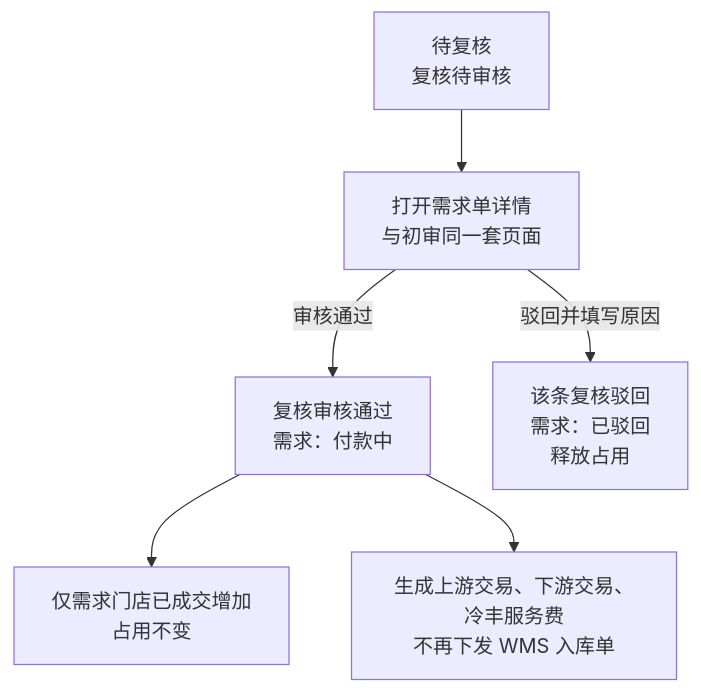
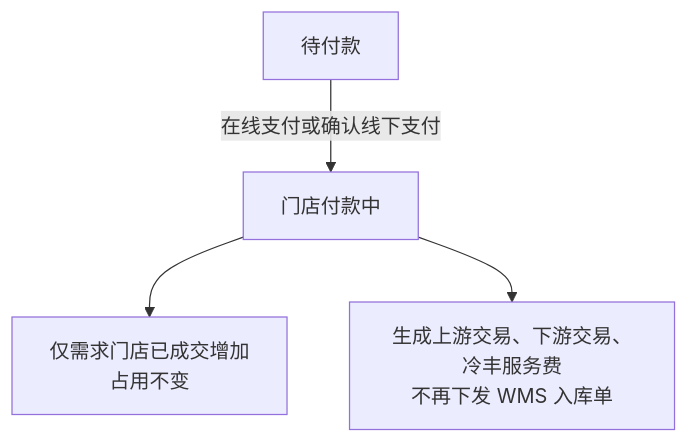
The seventh of 7 diagrams in RBT/docs/1-整体业务流程图.md (342-droid/LFerp), drawn with Mermaid before and after one commit. The commit also changed other lines of this file and 20 other files, not shown here.

````diff
--- a/RBT/docs/1-整体业务流程图.md
+++ b/RBT/docs/1-整体业务流程图.md
@@ -181,8 +179,6 @@
 ```mermaid
 flowchart TB
-  V0[待复核<br/>复核待审核] --> V1[打开需求单详情<br/>与初审同一套页面]
-  V1 -->|审核通过| V5[复核审核通过<br/>需求：付款中]
+  V0[待付款] -->|在线支付或确认线下支付| V5[门店付款中]
   V5 --> V7[仅需求门店已成交增加<br/>占用不变]
   V5 --> V9[生成上游交易、下游交易、冷丰服务费<br/>不再下发 WMS 入库单]
-  V1 -->|驳回并填写原因| V8[该条复核驳回<br/>需求：已驳回<br/>释放占用]
 ```
````
